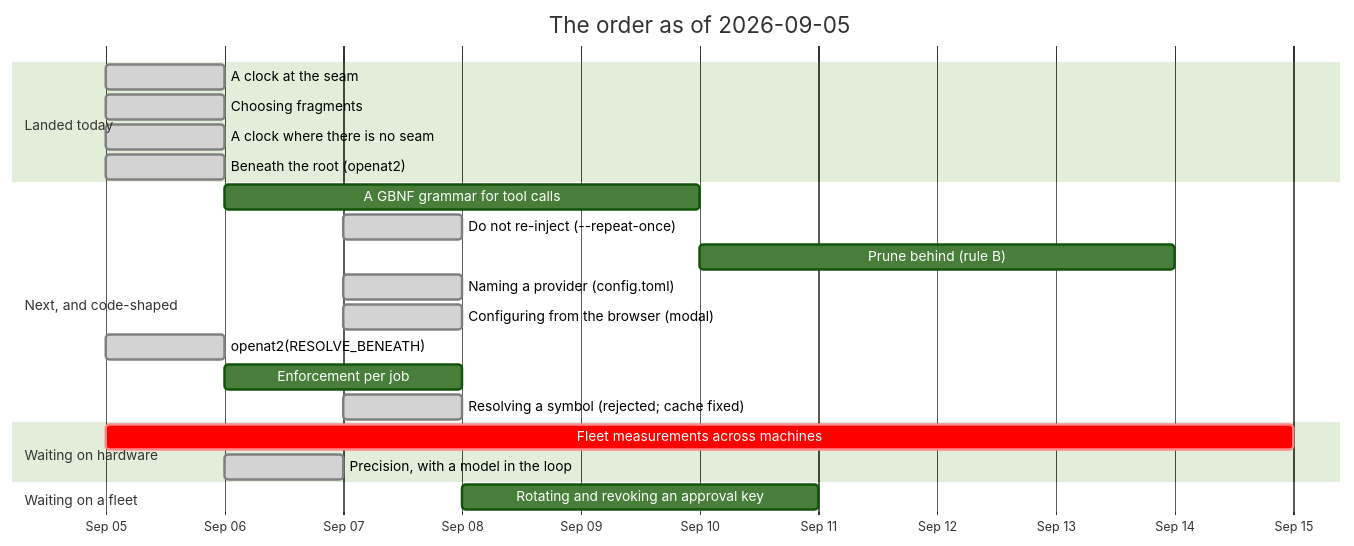
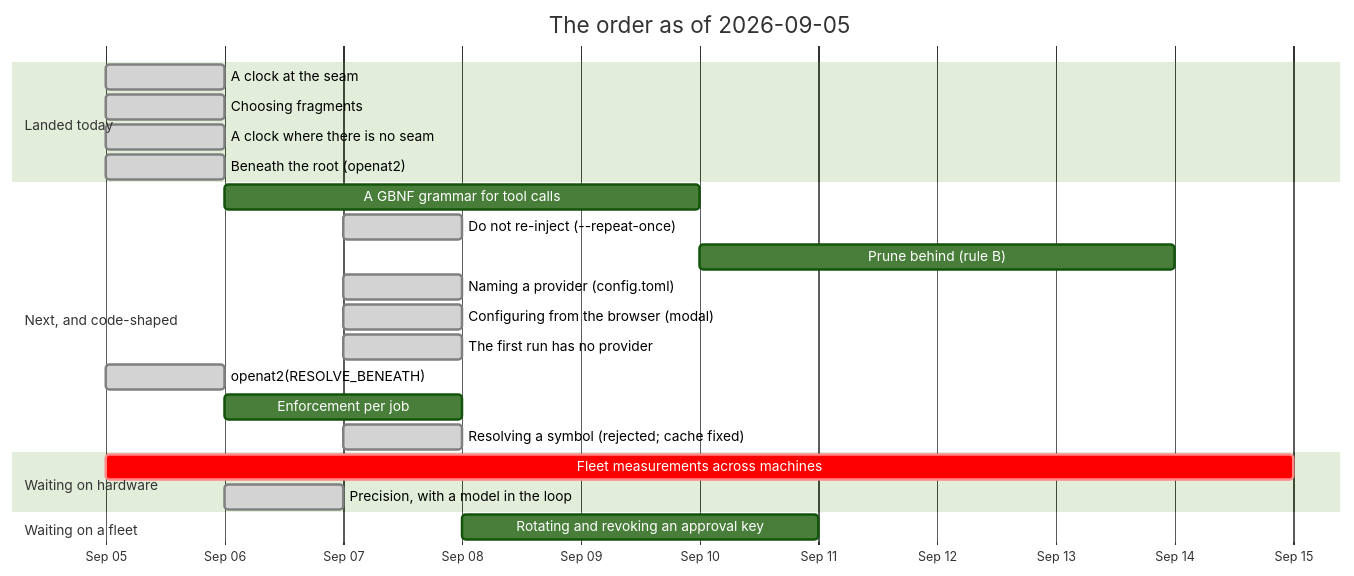
One commit to jgermade/luu changed the diagram in ROADMAP/2026-09-05/README.md. Above: the diagram before and after it, drawn with Mermaid (forest theme). The commit also changed other lines of this file and 16 other files, not shown here.

````diff
--- a/ROADMAP/2026-09-05/README.md
+++ b/ROADMAP/2026-09-05/README.md
@@ -44,25 +46,26 @@
 ```mermaid
 gantt
     title The order as of 2026-09-05
     dateFormat YYYY-MM-DD
     axisFormat %b %d
     section Landed today
     A clock at the seam                    :done, clock, 2026-09-05, 1d
     Choosing fragments                     :done, frag, 2026-09-05, 1d
     A clock where there is no seam         :done, hostclock, 2026-09-05, 1d
     Beneath the root (openat2)             :done, toctou2, 2026-09-05, 1d
     section Next, and code-shaped
     A GBNF grammar for tool calls          :gbnf, 2026-09-06, 4d
     Do not re-inject (--repeat-once)       :done, reinject, 2026-09-07, 1d
     Prune behind (rule B)                  :prune, after gbnf, 4d
     Naming a provider (config.toml)        :done, prov, 2026-09-07, 1d
     Configuring from the browser (modal)   :done, modal, 2026-09-07, 1d
+    The first run has no provider          :done, firstrun, 2026-09-07, 1d
     openat2(RESOLVE_BENEATH)               :done, toctou, 2026-09-05, 1d
     Enforcement per job                    :enf, 2026-09-06, 2d
     Resolving a symbol (rejected; cache fixed) :done, sym, 2026-09-07, 1d
     section Waiting on hardware
     Fleet measurements across machines     :crit, bench, 2026-09-05, 10d
     Precision, with a model in the loop    :done, prec, 2026-09-06, 1d
     section Waiting on a fleet
     Rotating and revoking an approval key  :keys, after enf, 3d
 ```
````
